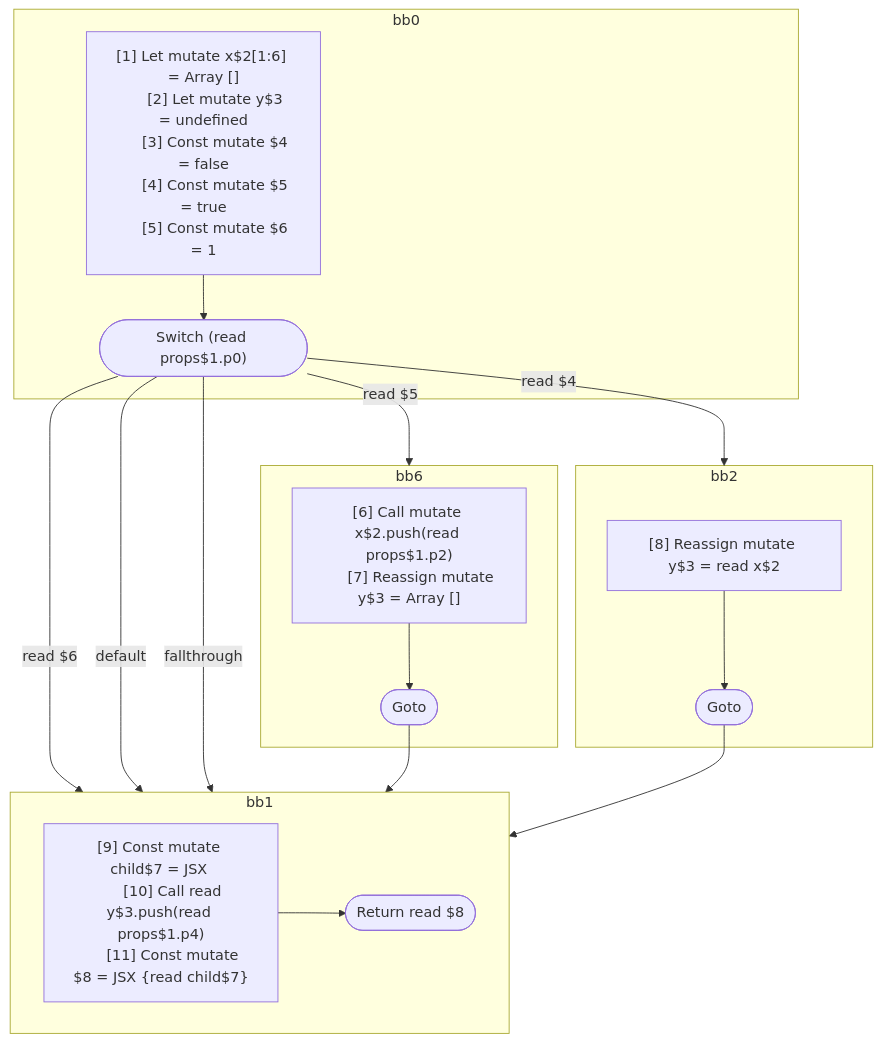
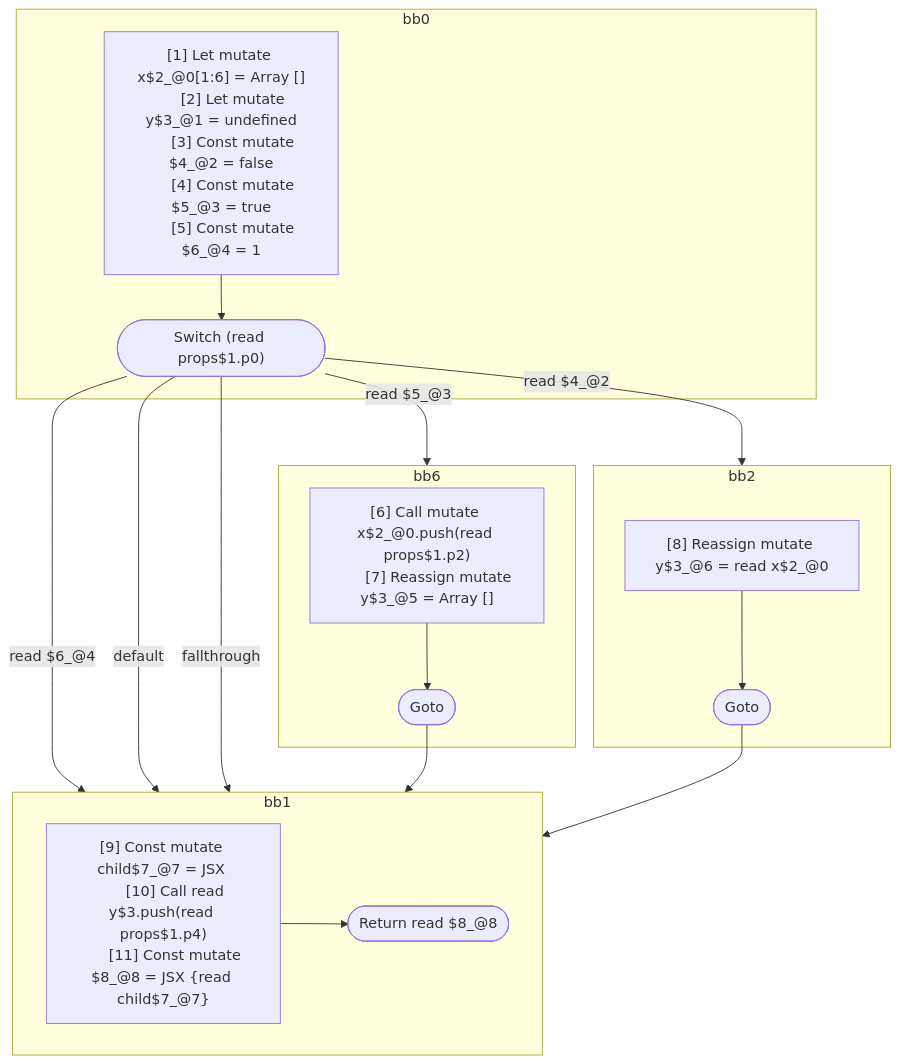
The diagram in compiler/forget/src/__tests__/fixtures/hir/switch-non-final-default.expect.md (wutsmog/private), drawn with Mermaid before and after one commit. The commit also changed other lines of this file and 60 other files, not shown here.

````diff
--- a/compiler/forget/src/__tests__/fixtures/hir/switch-non-final-default.expect.md
+++ b/compiler/forget/src/__tests__/fixtures/hir/switch-non-final-default.expect.md
@@ -64,45 +64,45 @@
 ```mermaid
 flowchart TB
   %% Basic Blocks
   subgraph bb0
     bb0_instrs["
-      [1] Let mutate x$2[1:6] = Array []
-      [2] Let mutate y$3 = undefined
-      [3] Const mutate $4 = false
-      [4] Const mutate $5 = true
-      [5] Const mutate $6 = 1
+      [1] Let mutate x$2_@0[1:6] = Array []
+      [2] Let mutate y$3_@1 = undefined
+      [3] Const mutate $4_@2 = false
+      [4] Const mutate $5_@3 = true
+      [5] Const mutate $6_@4 = 1
     "]
     bb0_instrs --> bb0_terminal(["Switch (read props$1.p0)"])
   end
   subgraph bb6
     bb6_instrs["
-      [6] Call mutate x$2.push(read props$1.p2)
-      [7] Reassign mutate y$3 = Array []
+      [6] Call mutate x$2_@0.push(read props$1.p2)
+      [7] Reassign mutate y$3_@5 = Array []
     "]
     bb6_instrs --> bb6_terminal(["Goto"])
   end
   subgraph bb2
     bb2_instrs["
-      [8] Reassign mutate y$3 = read x$2
+      [8] Reassign mutate y$3_@6 = read x$2_@0
     "]
     bb2_instrs --> bb2_terminal(["Goto"])
   end
   subgraph bb1
     bb1_instrs["
-      [9] Const mutate child$7 = JSX <read Component$0 data={freeze x$2} ></read Component$0>
+      [9] Const mutate child$7_@7 = JSX <read Component$0 data={freeze x$2_@0} ></read Component$0>
       [10] Call read y$3.push(read props$1.p4)
-      [11] Const mutate $8 = JSX <read Component$0 data={freeze y$3} >{read child$7}</read Component$0>
+      [11] Const mutate $8_@8 = JSX <read Component$0 data={freeze y$3} >{read child$7_@7}</read Component$0>
     "]
-    bb1_instrs --> bb1_terminal(["Return read $8"])
+    bb1_instrs --> bb1_terminal(["Return read $8_@8"])
   end
 
   %% Jumps
-  bb0_terminal -- read $6 --> bb1
-  bb0_terminal -- read $5 --> bb6
+  bb0_terminal -- read $6_@4 --> bb1
+  bb0_terminal -- read $5_@3 --> bb6
   bb0_terminal -- default --> bb1
-  bb0_terminal -- read $4 --> bb2
+  bb0_terminal -- read $4_@2 --> bb2
   bb0_terminal -- fallthrough --> bb1
   bb6_terminal --> bb1
   bb2_terminal --> bb1
 
 ```
````
